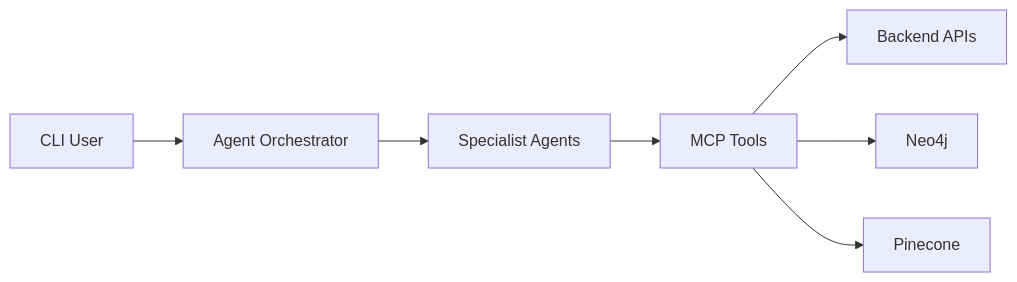
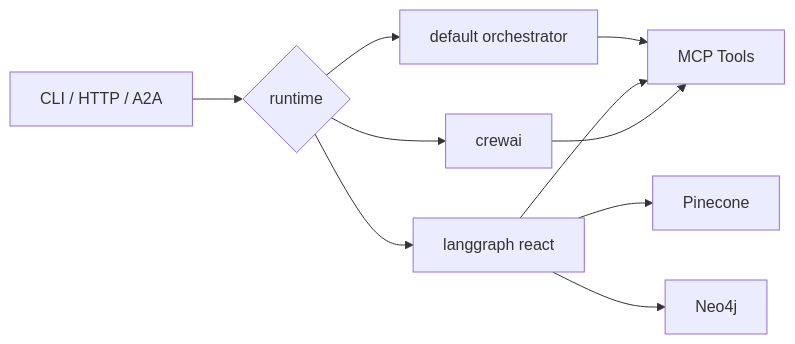
One commit to hoangsonww/EstateWise-Chapel-Hill-Chatbot changed the second of 8 diagrams in TECH_DOCS.md. Above: the diagram before and after it, drawn with Mermaid. The commit also changed other lines of this file and 26 other files, not shown here.

````diff
--- a/TECH_DOCS.md
+++ b/TECH_DOCS.md
@@ -607,9 +624,12 @@
 ```mermaid
 flowchart LR
-  User[CLI User] --> Orchestrator[Agent Orchestrator]
-  Orchestrator --> Agents[Specialist Agents]
-  Agents --> MCP[MCP Tools]
-  MCP --> API[Backend APIs]
-  MCP --> Graph[Neo4j]
-  MCP --> Vector[Pinecone]
+  Input[CLI / HTTP / A2A] --> Selector{runtime}
+  Selector --> O[default orchestrator]
+  Selector --> L[langgraph react]
+  Selector --> C[crewai]
+  O --> MCP[MCP Tools]
+  L --> MCP
+  L --> Pinecone
+  L --> Neo4j
+  C --> MCP
 ```
````
